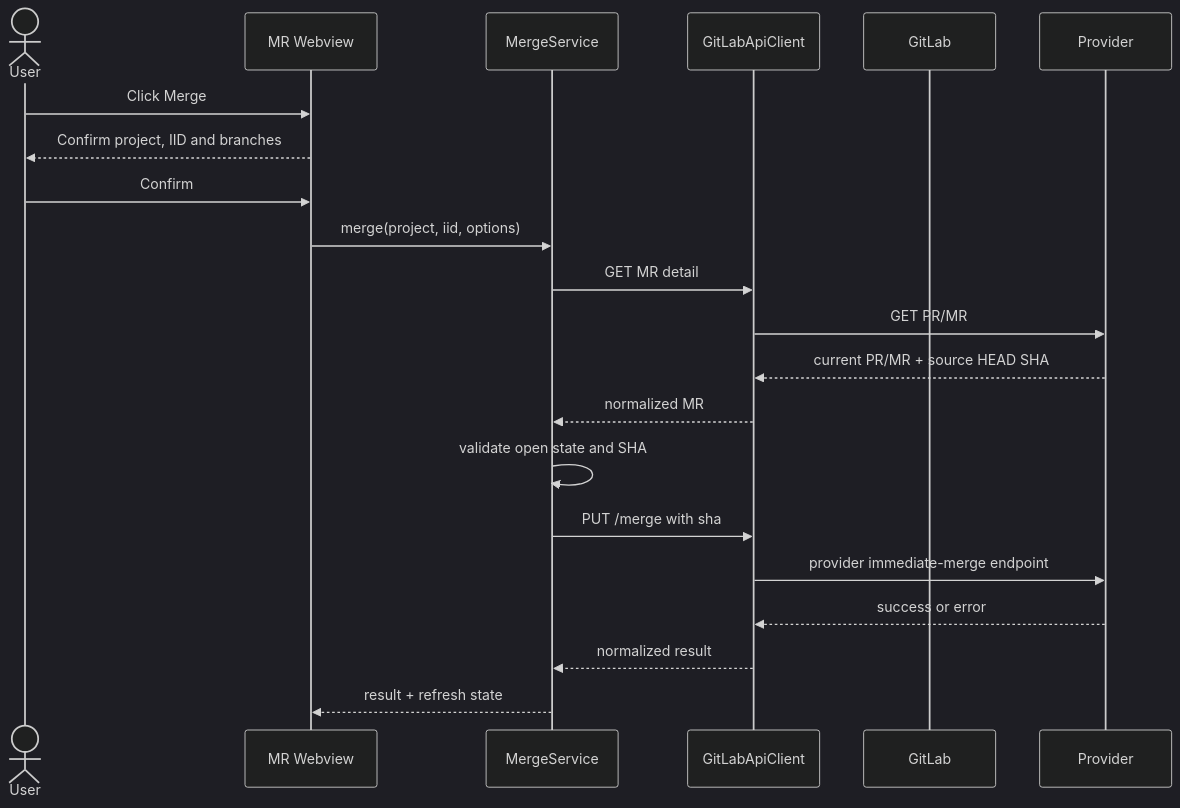
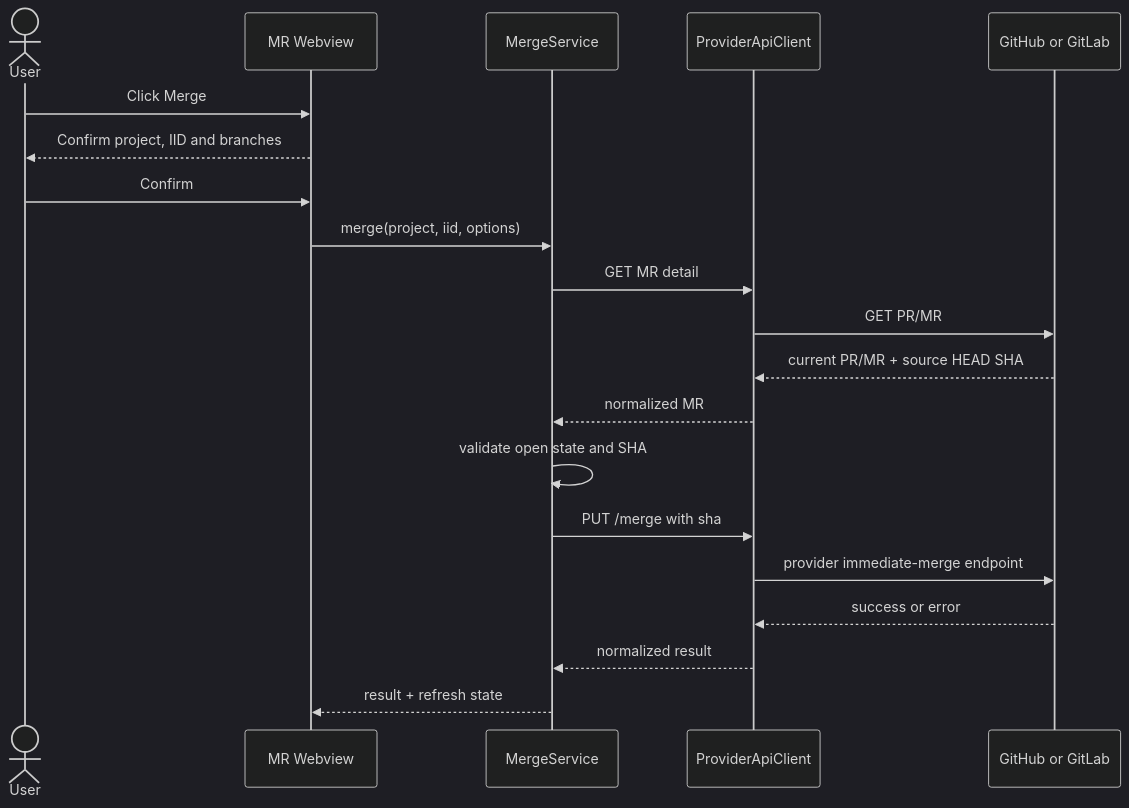
One commit to minh-lb/vscode-reviewdock changed the fifth of 5 diagrams in docs/SDS.md. Above: the diagram before and after it, drawn with Mermaid (dark theme). The commit also changed other lines of this file, not shown here.

Commit message:
docs: remove GitLab-only runtime clients from SDS

```diff
--- a/docs/SDS.md
+++ b/docs/SDS.md
@@ -569,23 +569,23 @@
 ~~~mermaid
 sequenceDiagram
   actor User
   participant UI as MR Webview
   participant Merge as MergeService
-  participant API as GitLabApiClient
-  participant GL as GitLab
+  participant API as ProviderApiClient
+  participant Provider as GitHub or GitLab
 
   User->>UI: Click Merge
   UI-->>User: Confirm project, IID and branches
   User->>UI: Confirm
   UI->>Merge: merge(project, iid, options)
   Merge->>API: GET MR detail
   API->>Provider: GET PR/MR
   Provider-->>API: current PR/MR + source HEAD SHA
   API-->>Merge: normalized MR
   Merge->>Merge: validate open state and SHA
   Merge->>API: PUT /merge with sha
   API->>Provider: provider immediate-merge endpoint
   Provider-->>API: success or error
   API-->>Merge: normalized result
   Merge-->>UI: result + refresh state
 ~~~
```
